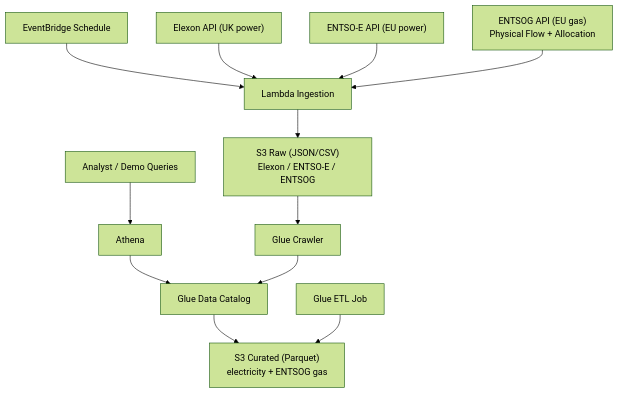
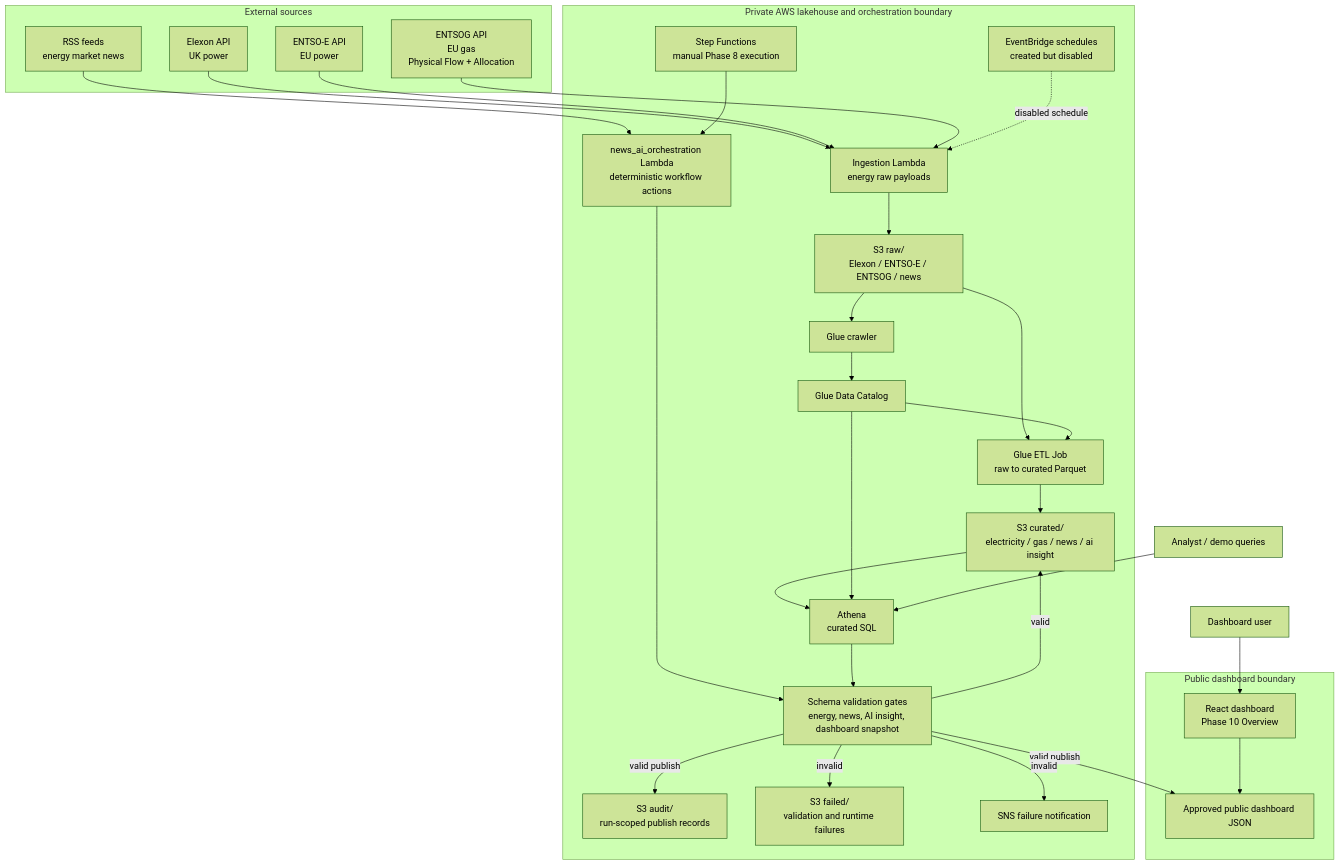
One commit to SholasSandbox/energy-market-data-lake changed the diagram in diagrams/architecture.mmd. Above: the diagram before and after it, drawn with Mermaid (forest theme). The commit also changed 12 other files, not shown here.

Commit message:
docs: refresh architecture diagrams for phase 10

```diff
--- a/diagrams/architecture.mmd
+++ b/diagrams/architecture.mmd
@@ -1,15 +1,62 @@
 flowchart TD
-    User["Analyst / Demo Queries"] --> Athena[Athena]
-    Athena --> GlueCatalog[Glue Data Catalog]
-    GlueCatalog --> S3Curated["S3 Curated (Parquet)\nelectricity + ENTSOG gas"]
+    subgraph External["External sources"]
+        Elexon["Elexon API\nUK power"]
+        Entsoe["ENTSO-E API\nEU power"]
+        Entsog["ENTSOG API\nEU gas\nPhysical Flow + Allocation"]
+        RSS["RSS feeds\nenergy market news"]
+    end
 
-    S3Raw["S3 Raw (JSON/CSV)\nElexon / ENTSO-E / ENTSOG"] --> GlueCrawler[Glue Crawler]
+    subgraph Private["Private AWS lakehouse and orchestration boundary"]
+        EventBridge["EventBridge schedules\ncreated but disabled"]
+        IngestLambda["Ingestion Lambda\nenergy raw payloads"]
+        StepFunctions["Step Functions\nmanual Phase 8 execution"]
+        NewsAI["news_ai_orchestration Lambda\ndeterministic workflow actions"]
+
+        Raw["S3 raw/\nElexon / ENTSO-E / ENTSOG / news"]
+        Curated["S3 curated/\nelectricity / gas / news / ai insight"]
+        Audit["S3 audit/\nrun-scoped publish records"]
+        Failed["S3 failed/\nvalidation and runtime failures"]
+
+        GlueCrawler["Glue crawler"]
+        GlueCatalog["Glue Data Catalog"]
+        GlueETL["Glue ETL Job\nraw to curated Parquet"]
+        Athena["Athena\ncurated SQL"]
+        Validation["Schema validation gates\nenergy, news, AI insight, dashboard snapshot"]
+        SNS["SNS failure notification"]
+    end
+
+    subgraph Public["Public dashboard boundary"]
+        DashboardJSON["Approved public dashboard JSON"]
+        ReactDashboard["React dashboard\nPhase 10 Overview"]
+    end
+
+    Analyst["Analyst / demo queries"]
+    Viewer["Dashboard user"]
+
+    Elexon --> IngestLambda
+    Entsoe --> IngestLambda
+    Entsog --> IngestLambda
+    EventBridge -. "disabled schedule" .-> IngestLambda
+    IngestLambda --> Raw
+
+    Raw --> GlueCrawler
     GlueCrawler --> GlueCatalog
-    GlueETL[Glue ETL Job] --> S3Curated
+    Raw --> GlueETL
+    GlueCatalog --> GlueETL
+    GlueETL --> Curated
+    Curated --> Athena
+    GlueCatalog --> Athena
 
-    EventBridge["EventBridge Schedule"] --> Lambda["Lambda Ingestion"]
-    Lambda --> S3Raw
+    RSS --> NewsAI
+    StepFunctions --> NewsAI
+    NewsAI --> Validation
+    Athena --> Validation
+    Validation -->|valid| Curated
+    Validation -->|valid publish| Audit
+    Validation -->|valid publish| DashboardJSON
+    Validation -->|invalid| Failed
+    Validation -->|invalid| SNS
 
-    Elexon["Elexon API (UK power)"] --> Lambda
-    Entsoe["ENTSO-E API (EU power)"] --> Lambda
-    Entsog["ENTSOG API (EU gas)\nPhysical Flow + Allocation"] --> Lambda
+    Analyst --> Athena
+    Viewer --> ReactDashboard
+    ReactDashboard --> DashboardJSON
```
